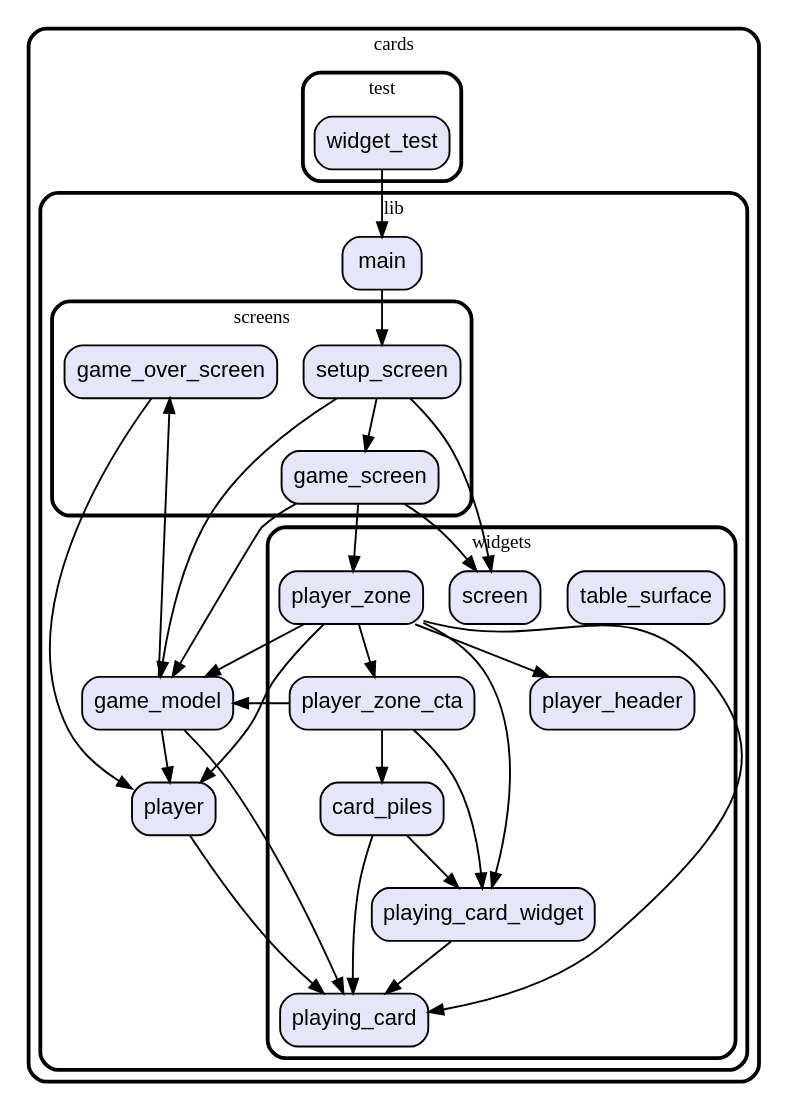
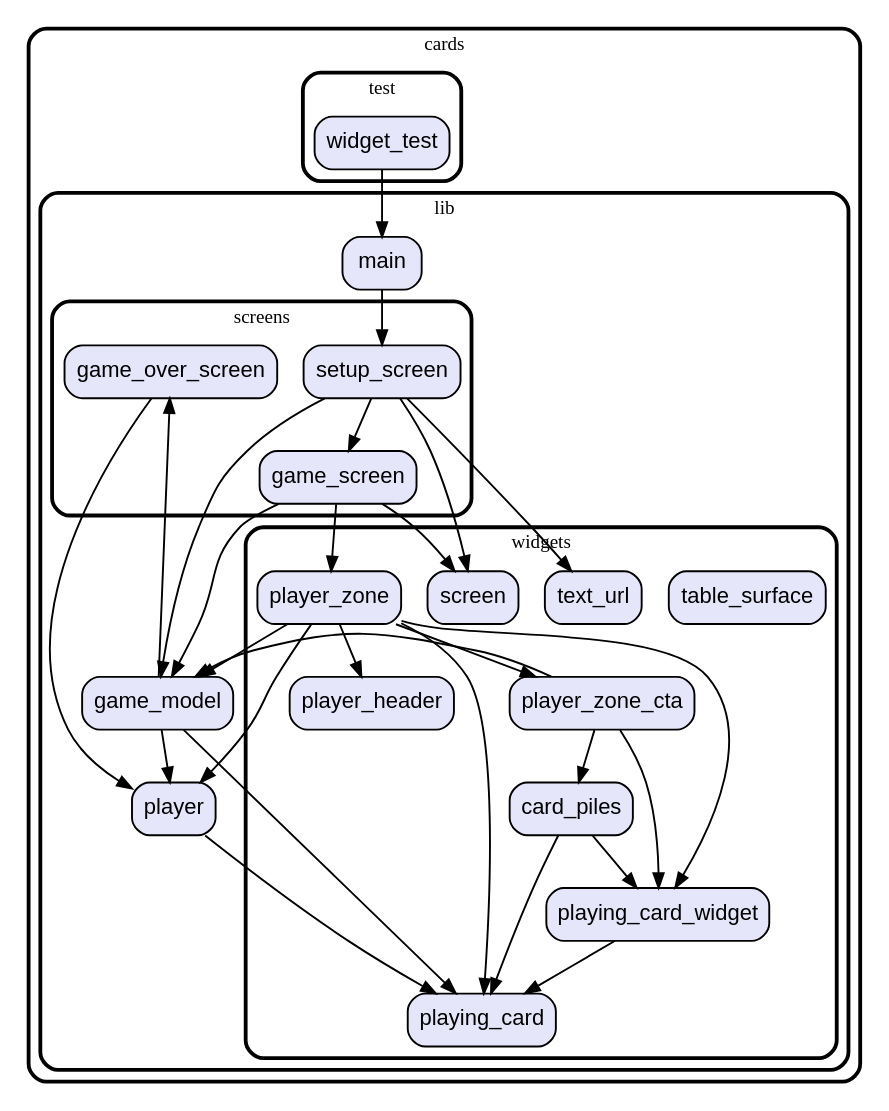
One commit to vteam-com/Cards changed the diagram in graph.dot. Above: the diagram before and after it, drawn with Graphviz. The commit also changed 11 other files, not shown here.

```diff
--- a/graph.dot
+++ b/graph.dot
@@ -1,75 +1,78 @@
 digraph "" {
   graph [style=rounded fontname="Arial Black" fontsize=13 penwidth=2.6];
   node [shape=rect style="filled,rounded" fontname=Arial fontsize=15 fillcolor=Lavender penwidth=1.3];
   edge [penwidth=1.3];
   "/test/widget_test.dart" [label="widget_test"];
   "/lib/game_model.dart" [label="game_model"];
   "/lib/screens/game_screen.dart" [label="game_screen"];
   "/lib/screens/game_over_screen.dart" [label="game_over_screen"];
   "/lib/screens/setup_screen.dart" [label="setup_screen"];
   "/lib/main.dart" [label="main"];
   "/lib/player.dart" [label="player"];
   "/lib/widgets/playing_card_widget.dart" [label="playing_card_widget"];
   "/lib/widgets/table_surface.dart" [label="table_surface"];
   "/lib/widgets/player_zone.dart" [label="player_zone"];
   "/lib/widgets/playing_card.dart" [label="playing_card"];
   "/lib/widgets/card_piles.dart" [label="card_piles"];
   "/lib/widgets/player_zone_cta.dart" [label="player_zone_cta"];
   "/lib/widgets/screen.dart" [label="screen"];
   "/lib/widgets/player_header.dart" [label="player_header"];
+  "/lib/widgets/text_url.dart" [label="text_url"];
   subgraph "cluster~" {
     label="cards";
     subgraph "cluster~/test" {
       label="test";
       "/test/widget_test.dart";
     }
     subgraph "cluster~/lib" {
       label="lib";
       "/lib/game_model.dart";
       "/lib/main.dart";
       "/lib/player.dart";
       subgraph "cluster~/lib/screens" {
         label="screens";
         "/lib/screens/game_screen.dart";
         "/lib/screens/game_over_screen.dart";
         "/lib/screens/setup_screen.dart";
       }
       subgraph "cluster~/lib/widgets" {
         label="widgets";
         "/lib/widgets/playing_card_widget.dart";
         "/lib/widgets/table_surface.dart";
         "/lib/widgets/player_zone.dart";
         "/lib/widgets/playing_card.dart";
         "/lib/widgets/card_piles.dart";
         "/lib/widgets/player_zone_cta.dart";
         "/lib/widgets/screen.dart";
         "/lib/widgets/player_header.dart";
+        "/lib/widgets/text_url.dart";
       }
     }
   }
   "/test/widget_test.dart" -> "/lib/main.dart";
   "/lib/game_model.dart" -> "/lib/player.dart";
   "/lib/game_model.dart" -> "/lib/screens/game_over_screen.dart";
   "/lib/game_model.dart" -> "/lib/widgets/playing_card.dart";
   "/lib/screens/game_screen.dart" -> "/lib/widgets/player_zone.dart";
   "/lib/screens/game_screen.dart" -> "/lib/widgets/screen.dart";
   "/lib/screens/game_screen.dart" -> "/lib/game_model.dart";
   "/lib/screens/game_over_screen.dart" -> "/lib/player.dart";
   "/lib/screens/setup_screen.dart" -> "/lib/game_model.dart";
   "/lib/screens/setup_screen.dart" -> "/lib/screens/game_screen.dart";
   "/lib/screens/setup_screen.dart" -> "/lib/widgets/screen.dart";
+  "/lib/screens/setup_screen.dart" -> "/lib/widgets/text_url.dart";
   "/lib/main.dart" -> "/lib/screens/setup_screen.dart";
   "/lib/player.dart" -> "/lib/widgets/playing_card.dart";
   "/lib/widgets/playing_card_widget.dart" -> "/lib/widgets/playing_card.dart";
   "/lib/widgets/player_zone.dart" -> "/lib/game_model.dart";
   "/lib/widgets/player_zone.dart" -> "/lib/player.dart";
   "/lib/widgets/player_zone.dart" -> "/lib/widgets/player_header.dart";
   "/lib/widgets/player_zone.dart" -> "/lib/widgets/player_zone_cta.dart";
   "/lib/widgets/player_zone.dart" -> "/lib/widgets/playing_card.dart";
   "/lib/widgets/player_zone.dart" -> "/lib/widgets/playing_card_widget.dart";
   "/lib/widgets/card_piles.dart" -> "/lib/widgets/playing_card.dart";
   "/lib/widgets/card_piles.dart" -> "/lib/widgets/playing_card_widget.dart";
   "/lib/widgets/player_zone_cta.dart" -> "/lib/game_model.dart";
   "/lib/widgets/player_zone_cta.dart" -> "/lib/widgets/card_piles.dart";
   "/lib/widgets/player_zone_cta.dart" -> "/lib/widgets/playing_card_widget.dart";
 }
```
